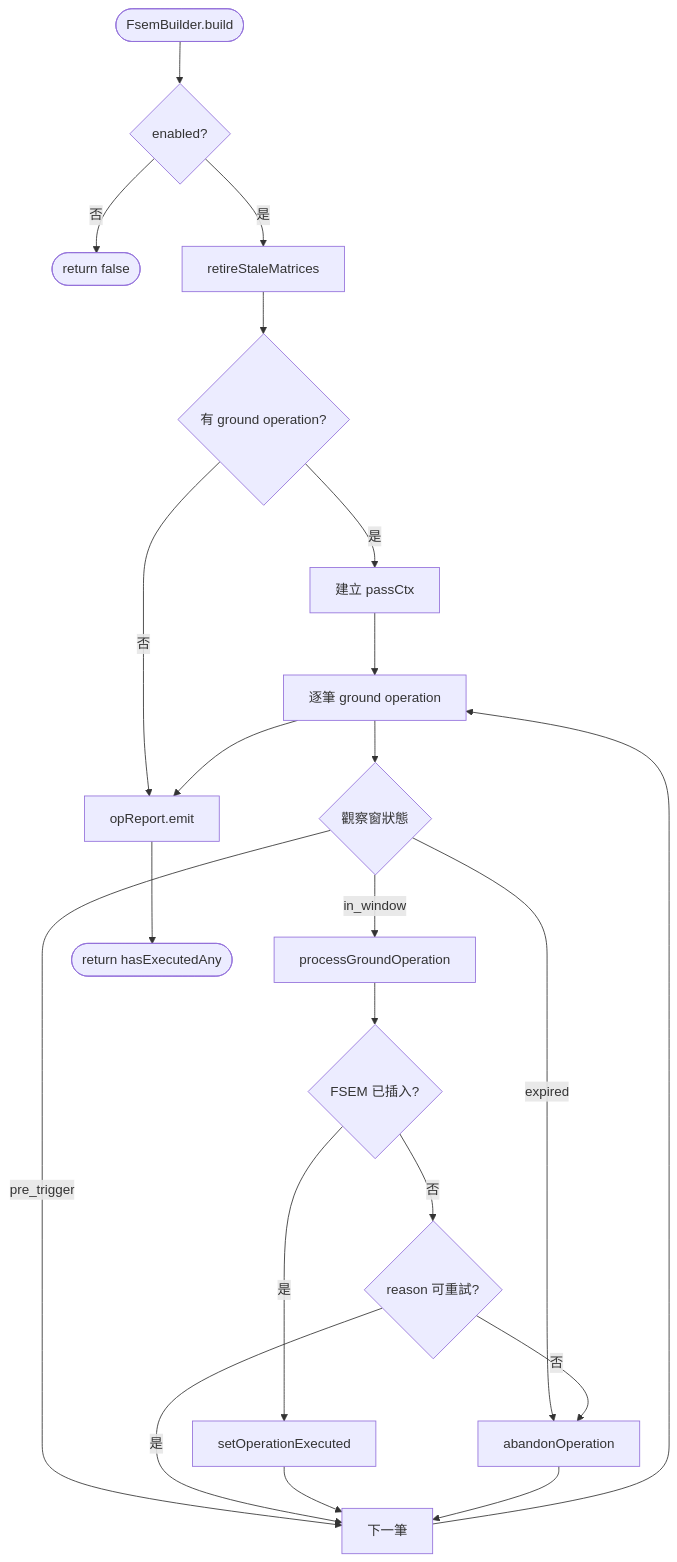
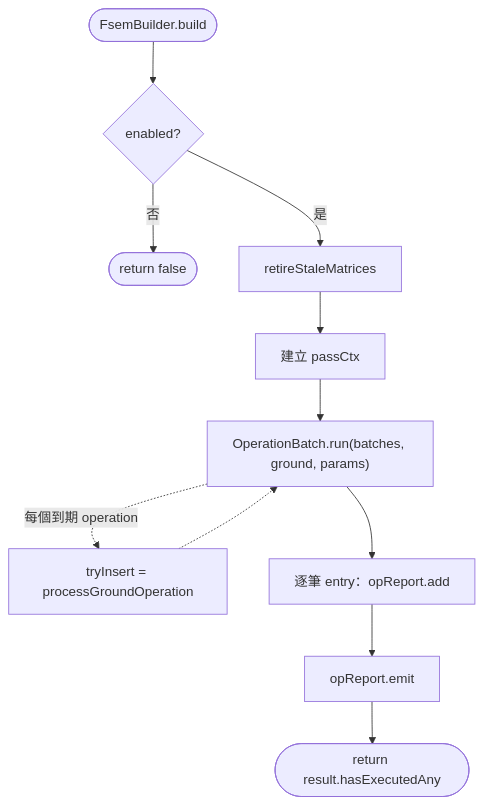
Before and after one commit to pullupjumper/formosa-in-flames: the diagram in docs/strikePlanner/fsemBuilder.md, drawn with Mermaid. The commit also changed other lines of this file and 11 other files, not shown here.

First line of the commit message:
docs(strikePlanner): document OperationBatch / DynamicPlan / OperationType

````diff
--- a/docs/strikePlanner/fsemBuilder.md
+++ b/docs/strikePlanner/fsemBuilder.md
@@ -23,41 +23,19 @@
 ```mermaid
 flowchart TD
     ENTRY(["FsemBuilder.build"])
     ENABLED{"enabled?"}
     OFF(["return false"])
     RETIRE["retireStaleMatrices"]
-    HASOP{"有 ground operation?"}
     SEED["建立 passCtx"]
-    LOOP["逐筆 ground operation"]
-    WINDOW{"觀察窗狀態"}
-    PROCESS["processGroundOperation"]
-    INSERTED{"FSEM 已插入?"}
-    EXEC["setOperationExecuted"]
-    RETRYABLE{"reason 可重試?"}
-    ABANDON["abandonOperation"]
-    NEXT["下一筆"]
+    RUN["OperationBatch.run(batches, ground, params)"]
+    TRY["tryInsert = processGroundOperation"]
+    ENTRIES["逐筆 entry：opReport.add"]
     EMIT["opReport.emit"]
-    DONE(["return hasExecutedAny"])
+    DONE(["return result.hasExecutedAny"])
 
     ENTRY --> ENABLED
     ENABLED -->|否| OFF
-    ENABLED -->|是| RETIRE
-    RETIRE --> HASOP
-    HASOP -->|否| EMIT
-    HASOP -->|是| SEED
-    SEED --> LOOP
-    LOOP --> WINDOW
-    WINDOW -->|pre_trigger| NEXT
-    WINDOW -->|expired| ABANDON
-    WINDOW -->|in_window| PROCESS
-    PROCESS --> INSERTED
-    INSERTED -->|是| EXEC
-    INSERTED -->|否| RETRYABLE
-    RETRYABLE -->|是| NEXT
-    RETRYABLE -->|否| ABANDON
-    EXEC --> NEXT
-    ABANDON --> NEXT
-    NEXT --> LOOP
-    LOOP --> EMIT
-    EMIT --> DONE
+    ENABLED -->|是| RETIRE --> SEED --> RUN
+    RUN -.->|每個到期 operation| TRY -.-> RUN
+    RUN --> ENTRIES --> EMIT --> DONE
 ```
````
